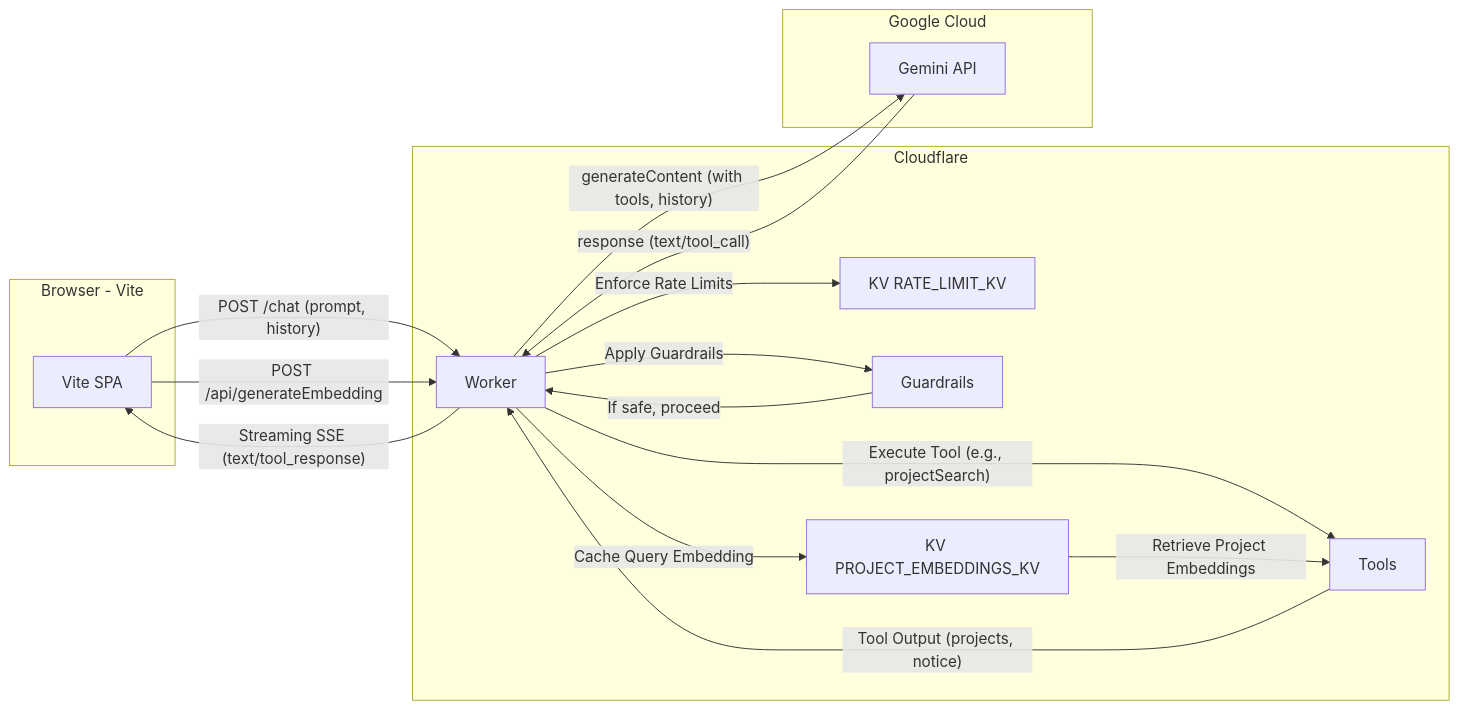
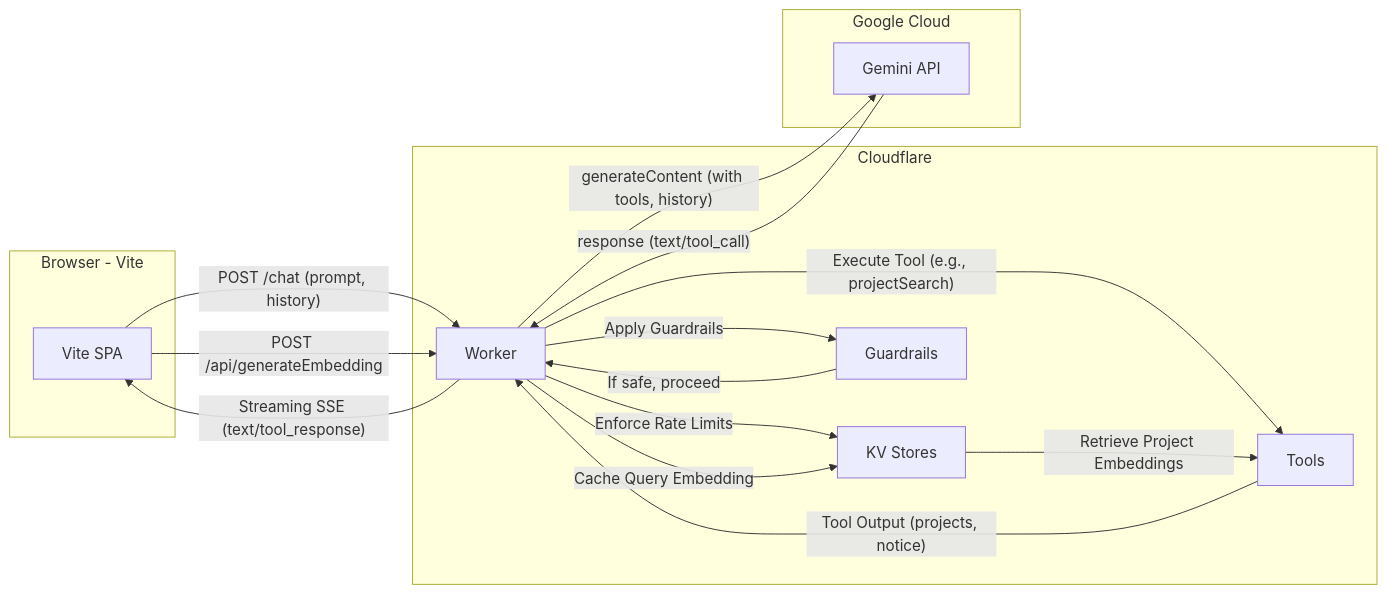
Before and after one commit to Gmpho/AI-powered-Static-portfolio: the diagram in docs/ARCHITECTURE.md, drawn with Mermaid. The commit also changed other lines of this file and 24 other files, not shown here.

````diff
--- a/docs/ARCHITECTURE.md
+++ b/docs/ARCHITECTURE.md
@@ -9,33 +9,32 @@
 ```mermaid
 graph LR
   %% Nodes
   subgraph Browser ["Browser - Vite"]
     A["Vite SPA"]
   end
 
   subgraph Cloudflare ["Cloudflare"]
     B["Worker"]
-    C["KV RATE_LIMIT_KV"]
+    K["KV Stores"]
     G["Guardrails"]
     T["Tools"]
-    E["KV PROJECT_EMBEDDINGS_KV"]
   end
 
   subgraph GoogleCloud ["Google Cloud"]
     D["Gemini API"]
   end
 
   %% Connections
   A -->|"POST /chat (prompt, history)"| B
   A -->|"POST /api/generateEmbedding"| B
-  B -->|"Enforce Rate Limits"| C
+  B -->|"Enforce Rate Limits"| K
   B -->|"Apply Guardrails"| G
   G -->|"If safe, proceed"| B
   B -->|"generateContent (with tools, history)"| D
   D -->|"response (text/tool_call)"| B
   B -->|"Execute Tool (e.g., projectSearch)"| T
   T -->|"Tool Output (projects, notice)"| B
-  B -->|"Cache Query Embedding"| E
-  E -->|"Retrieve Project Embeddings"| T
+  B -->|"Cache Query Embedding"| K
+  K -->|"Retrieve Project Embeddings"| T
   B -->|"Streaming SSE (text/tool_response)"| A
 ```
````
